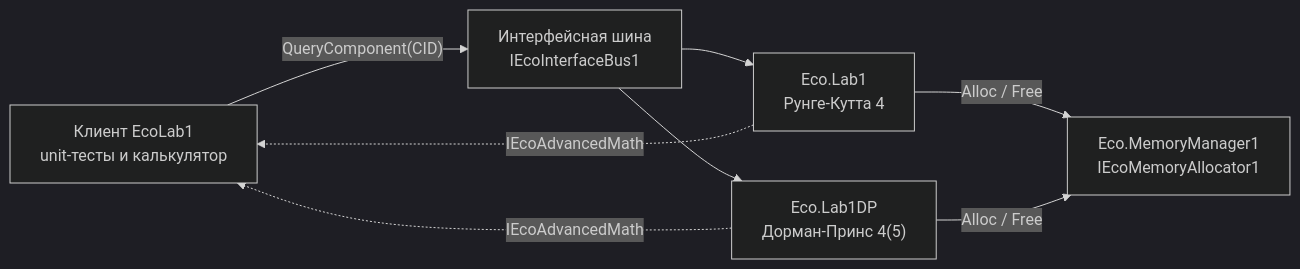
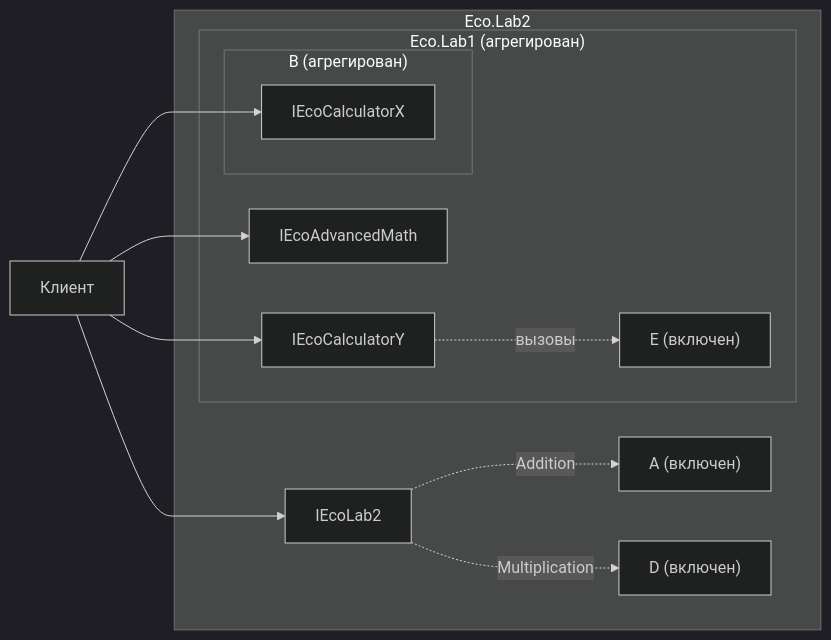
One commit to Zzzpize/EcoLab1 changed the diagram in README.md. Above: the diagram before and after it, drawn with Mermaid (dark theme). The commit also changed other lines of this file and 1 other file, not shown here.

````diff
--- a/README.md
+++ b/README.md
@@ -13,16 +31,26 @@
 ```mermaid
 flowchart LR
-    Client["Клиент EcoLab1<br/>unit-тесты и калькулятор"]
-    Bus["Интерфейсная шина<br/>IEcoInterfaceBus1"]
-    RK4["Eco.Lab1<br/>Рунге-Кутта 4"]
-    DP["Eco.Lab1DP<br/>Дорман-Принс 4(5)"]
-    Mem["Eco.MemoryManager1<br/>IEcoMemoryAllocator1"]
+    Client["Клиент"]
 
-    Client -- "QueryComponent(CID)" --> Bus
-    Bus --> RK4
-    Bus --> DP
-    RK4 -. "IEcoAdvancedMath" .-> Client
-    DP -. "IEcoAdvancedMath" .-> Client
-    RK4 -- "Alloc / Free" --> Mem
-    DP -- "Alloc / Free" --> Mem
+    subgraph Lab2["Eco.Lab2"]
+        L2["IEcoLab2"]
+        subgraph Lab1["Eco.Lab1 (агрегирован)"]
+            M["IEcoAdvancedMath"]
+            Y1["IEcoCalculatorY"]
+            subgraph B1["B (агрегирован)"]
+                X1["IEcoCalculatorX"]
+            end
+            E1["E (включен)"]
+        end
+        A2["A (включен)"]
+        D2["D (включен)"]
+    end
+
+    Client --> L2
+    Client --> M
+    Client --> X1
+    Client --> Y1
+    Y1 -. "вызовы" .-> E1
+    L2 -. "Addition" .-> A2
+    L2 -. "Multiplication" .-> D2
 ```
````
